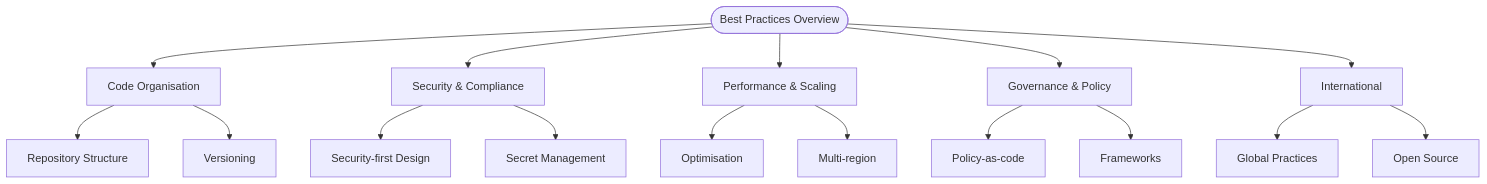
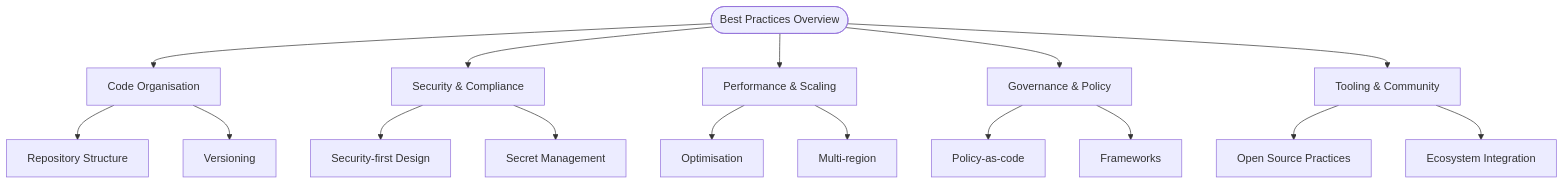
One commit to Geonitab/architecture_as_code changed the diagram in docs/images/mindmap_22_best_practices.mmd. Above: the diagram before and after it, drawn with Mermaid. The commit also changed 7 other files, not shown here.

```diff
--- a/docs/images/mindmap_22_best_practices.mmd
+++ b/docs/images/mindmap_22_best_practices.mmd
@@ -1,17 +1,17 @@
 graph TD
     ROOT(["Best Practices Overview"])
     ROOT --> CO["Code Organisation"]
     ROOT --> SC["Security & Compliance"]
     ROOT --> PS["Performance & Scaling"]
     ROOT --> GP["Governance & Policy"]
-    ROOT --> INT["International"]
+    ROOT --> TC["Tooling & Community"]
     CO --> CO1["Repository Structure"]
     CO --> CO2["Versioning"]
     SC --> SC1["Security-first Design"]
     SC --> SC2["Secret Management"]
     PS --> PS1["Optimisation"]
     PS --> PS2["Multi-region"]
     GP --> GP1["Policy-as-code"]
     GP --> GP2["Frameworks"]
-    INT --> INT1["Global Practices"]
-    INT --> INT2["Open Source"]
+    TC --> TC1["Open Source Practices"]
+    TC --> TC2["Ecosystem Integration"]
```
